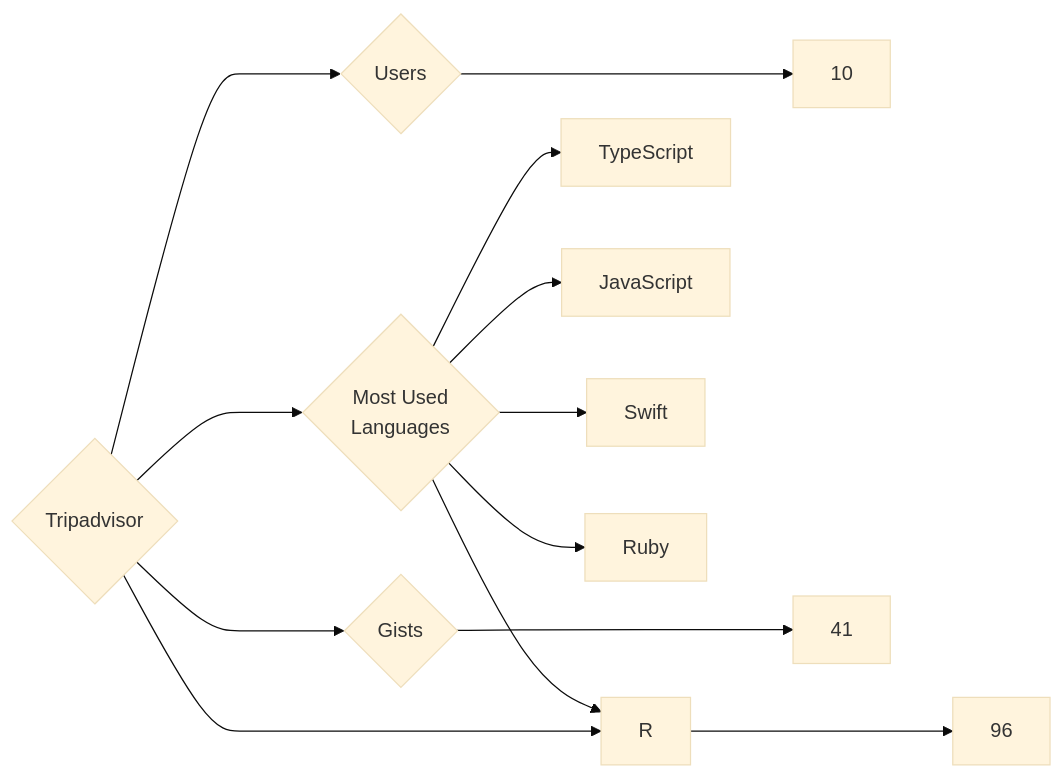
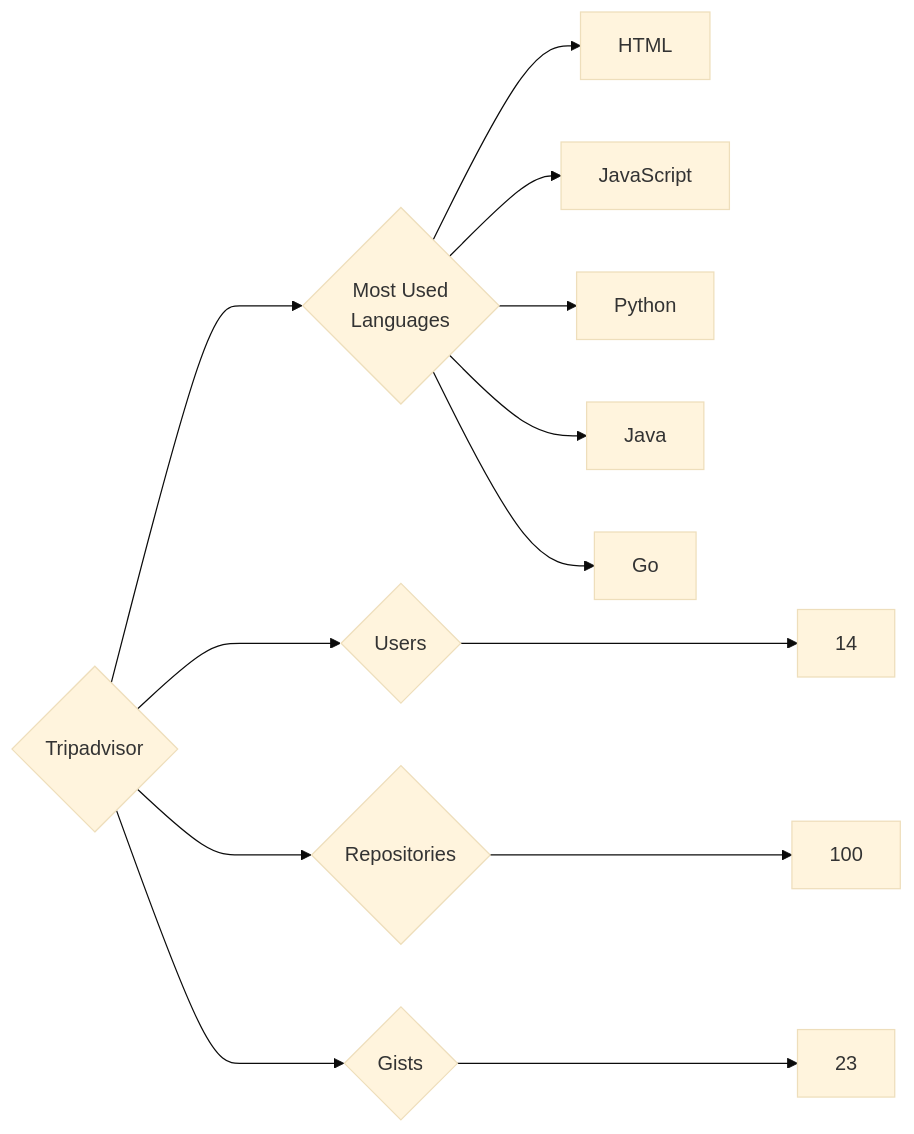
Before and after one commit to trickest/insiders: the diagram in targets/Tripadvisor/README.md, drawn with Mermaid (base theme). The commit also changed 748 other files, not shown here.

````diff
--- a/targets/Tripadvisor/README.md
+++ b/targets/Tripadvisor/README.md
@@ -3,13 +3,13 @@
 ```mermaid
 graph LR
 COMPANY_NAME{Tripadvisor}
-COMPANY_NAME ---> U{Users} ---> UN[10]
-COMPANY_NAME ---> R{Repositories} ---> RN[96]
-COMPANY_NAME ---> G{Gists} ---> GN[41]
+COMPANY_NAME ---> U{Users} ---> UN[14]
+COMPANY_NAME ---> R{Repositories} ---> RN[100]
+COMPANY_NAME ---> G{Gists} ---> GN[23]
 COMPANY_NAME ---> ML{Most Used<br>Languages}
-ML --> TypeScript[TypeScript]
+ML --> HTML[HTML]
 ML --> JavaScript[JavaScript]
-ML --> Swift[Swift]
-ML --> Ruby[Ruby]
-ML --> R[R]
+ML --> Python[Python]
+ML --> Java[Java]
+ML --> Go[Go]
 ```
````
